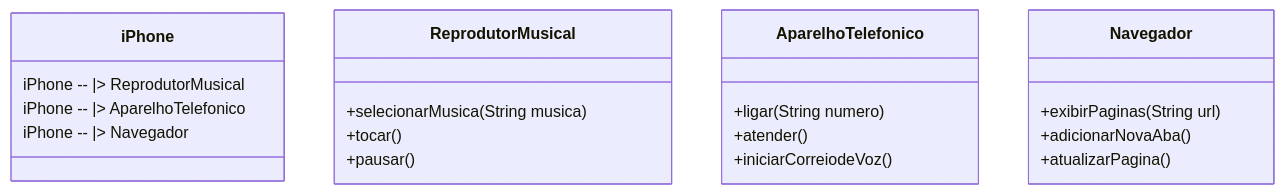
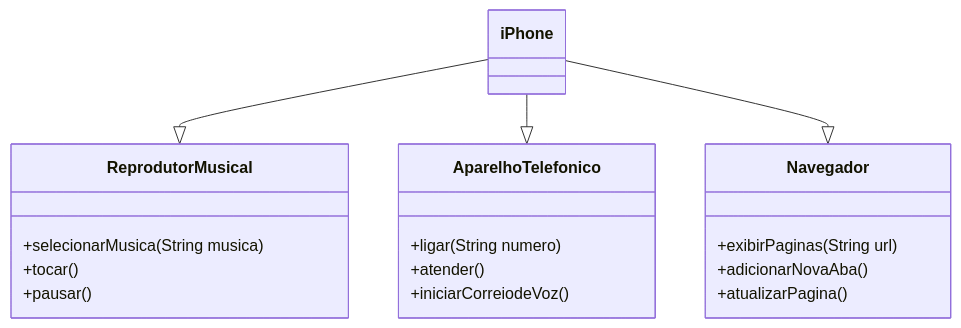
One commit to LorhanSouza/dio-trilha-poo changed the diagram in Readme.md. Above: the diagram before and after it, drawn with Mermaid.

Commit message:
Trilha POO - Diagrama UML iPhone Básico

````diff
--- a/Readme.md
+++ b/Readme.md
@@ -4,23 +4,21 @@
 ```mermaid
 classDiagram
-    class iPhone{
-        iPhone -- |> ReprodutorMusical
-        iPhone -- |> AparelhoTelefonico
-        iPhone -- |> Navegador
-    }
+    iPhone -- |> ReprodutorMusical
+    iPhone -- |> AparelhoTelefonico
+    iPhone -- |> Navegador
     class ReprodutorMusical{
       +selecionarMusica(String musica)
       +tocar()
       +pausar()
     }
     class AparelhoTelefonico{
       +ligar(String numero)
       +atender()
       +iniciarCorreiodeVoz()
     }
     class Navegador{
       +exibirPaginas(String url)
       +adicionarNovaAba()
       +atualizarPagina()
     }
 ```
````
